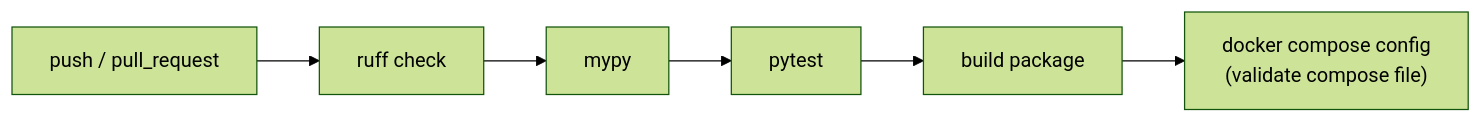
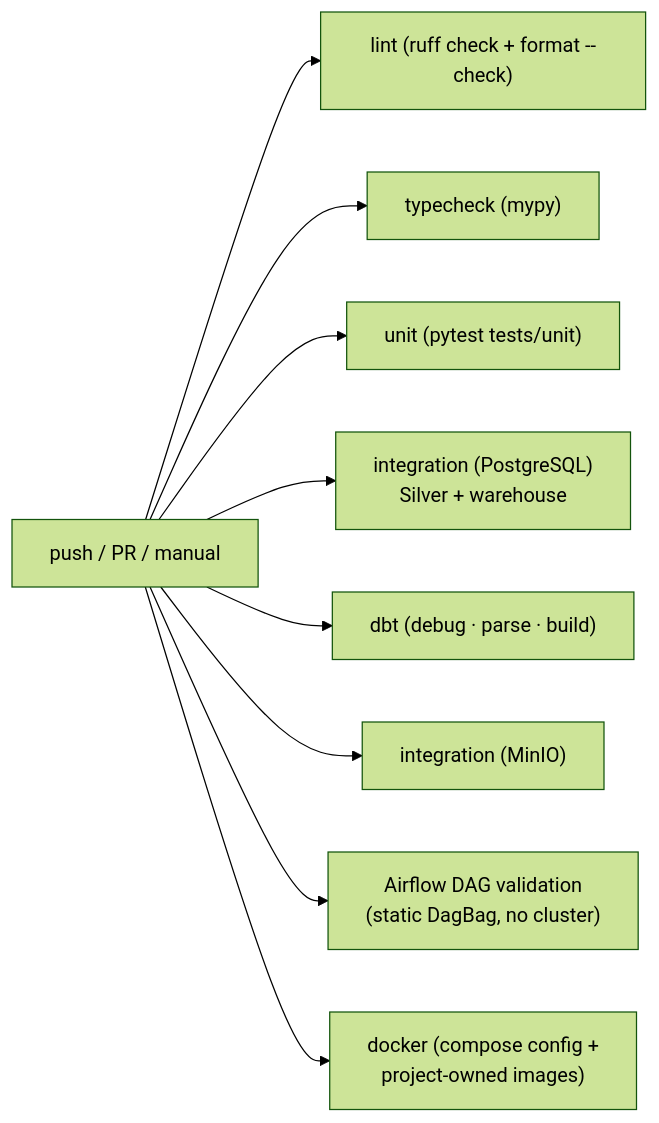
Before and after one commit to youssefelbajoury/morocco-retail-intelligence-data-platform: the third of 3 diagrams in docs/architecture/orchestration.md, drawn with Mermaid (forest theme). The commit also changed other lines of this file and 286 other files, not shown here.

````diff
--- a/docs/architecture/orchestration.md
+++ b/docs/architecture/orchestration.md
@@ -89,8 +96,11 @@
 ```mermaid
 flowchart LR
-    PUSH["push / pull_request"] --> LINT["ruff check"]
-    LINT --> TYPE["mypy"]
-    TYPE --> TEST["pytest"]
-    TEST --> BUILD["build package"]
-    BUILD --> DOCKER["docker compose config<br/>(validate compose file)"]
+    PUSH["push / PR / manual"] --> LINT["lint (ruff check + format --check)"]
+    PUSH --> TYPE["typecheck (mypy)"]
+    PUSH --> UNIT["unit (pytest tests/unit)"]
+    PUSH --> PG["integration (PostgreSQL)<br/>Silver + warehouse"]
+    PUSH --> DBT["dbt (debug · parse · build)"]
+    PUSH --> MIO["integration (MinIO)"]
+    PUSH --> AF["Airflow DAG validation<br/>(static DagBag, no cluster)"]
+    PUSH --> DOK["docker (compose config +<br/>project-owned images)"]
 ```
````
